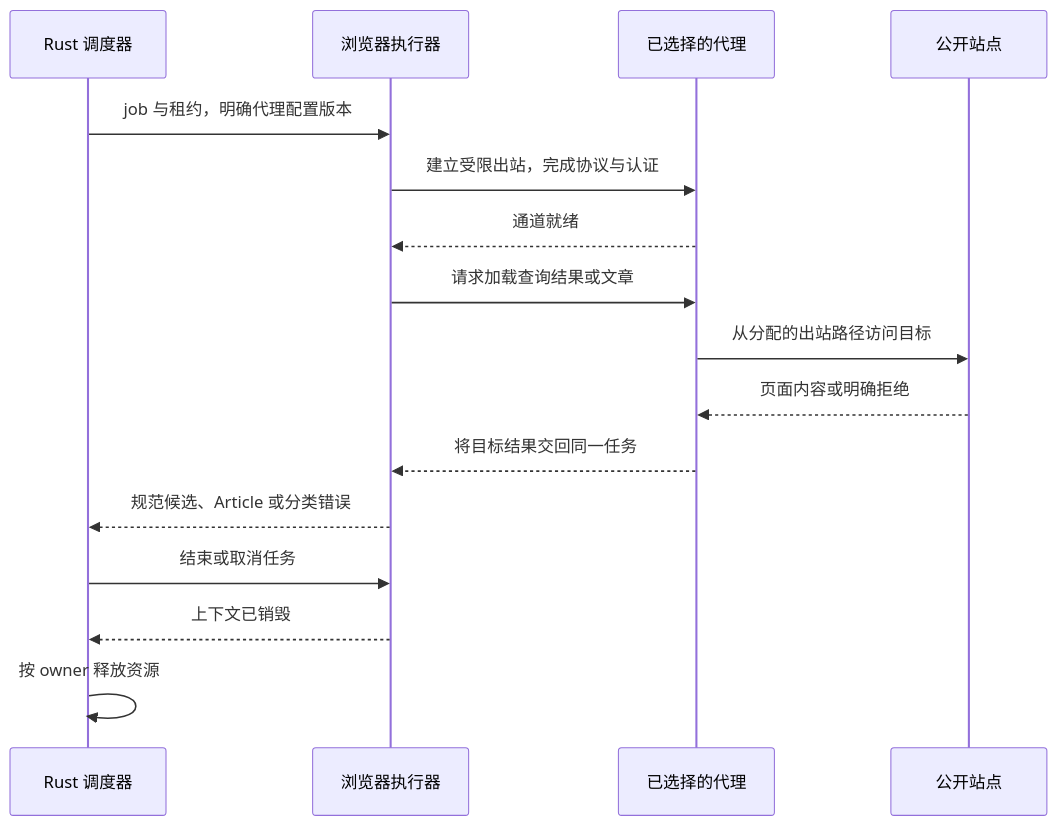
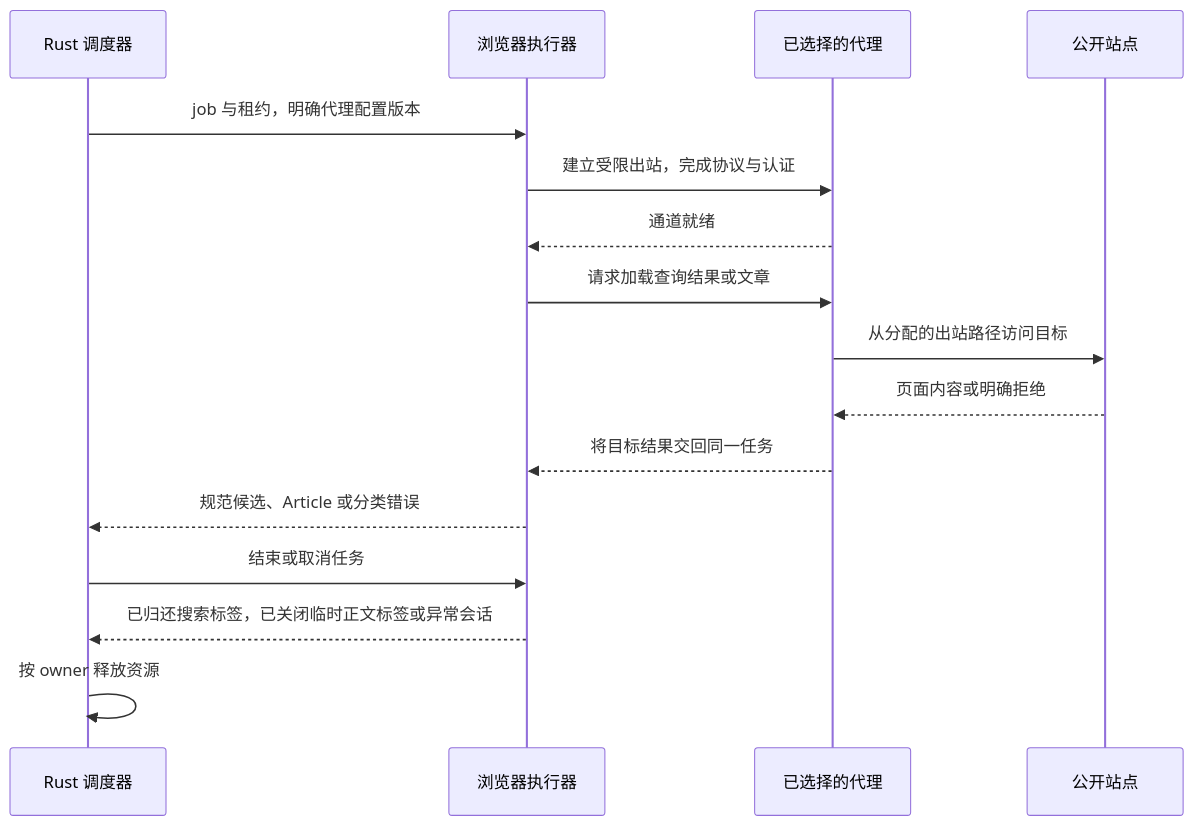
The fourth of 6 diagrams in docs/plan1/07-browser-proxies.md (Minecodex/OpenAgentSearch), drawn with Mermaid before and after one commit. The commit also changed other lines of this file and 276 other files, not shown here.

````diff
--- a/docs/plan1/07-browser-proxies.md
+++ b/docs/plan1/07-browser-proxies.md
@@ -114,18 +122,18 @@
 ```mermaid
 sequenceDiagram
     participant S as Rust 调度器
     participant W as 浏览器执行器
     participant P as 已选择的代理
     participant O as 公开站点
     S->>W: job 与租约，明确代理配置版本
     W->>P: 建立受限出站，完成协议与认证
     P-->>W: 通道就绪
     W->>P: 请求加载查询结果或文章
     P->>O: 从分配的出站路径访问目标
     O-->>P: 页面内容或明确拒绝
     P-->>W: 将目标结果交回同一任务
     W-->>S: 规范候选、Article 或分类错误
     S->>W: 结束或取消任务
-    W-->>S: 上下文已销毁
+    W-->>S: 已归还搜索标签，已关闭临时正文标签或异常会话
     S->>S: 按 owner 释放资源
 ```
````
